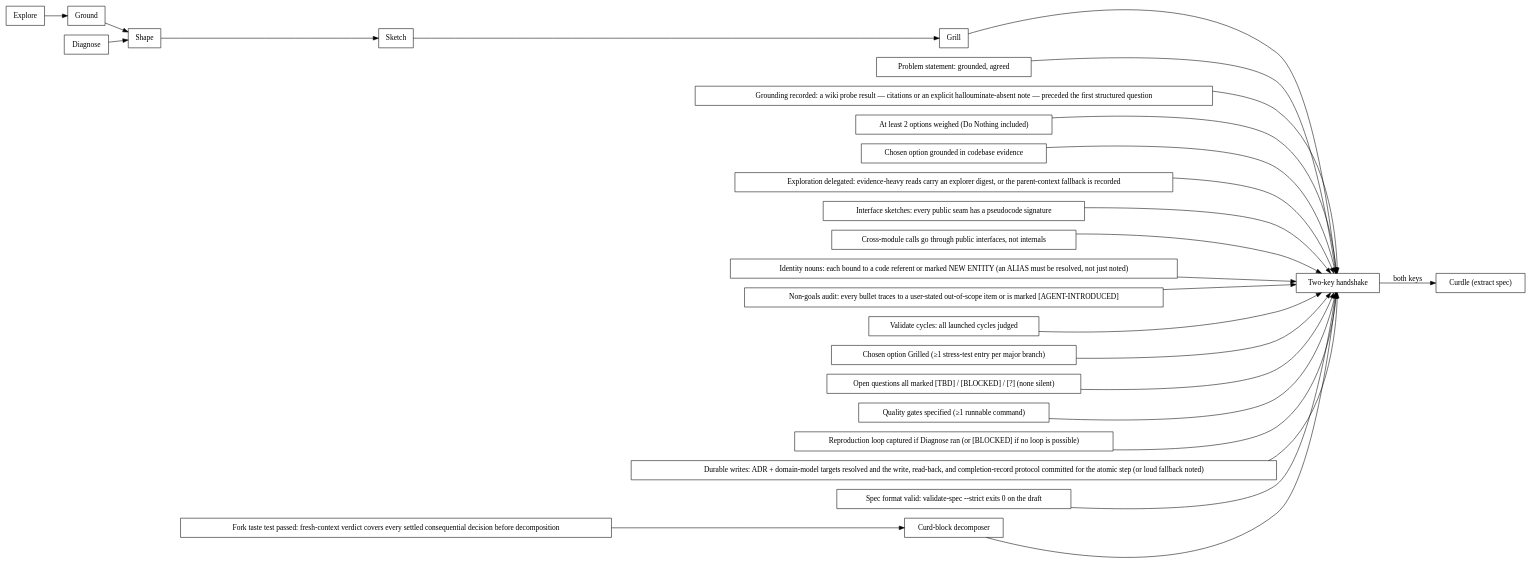
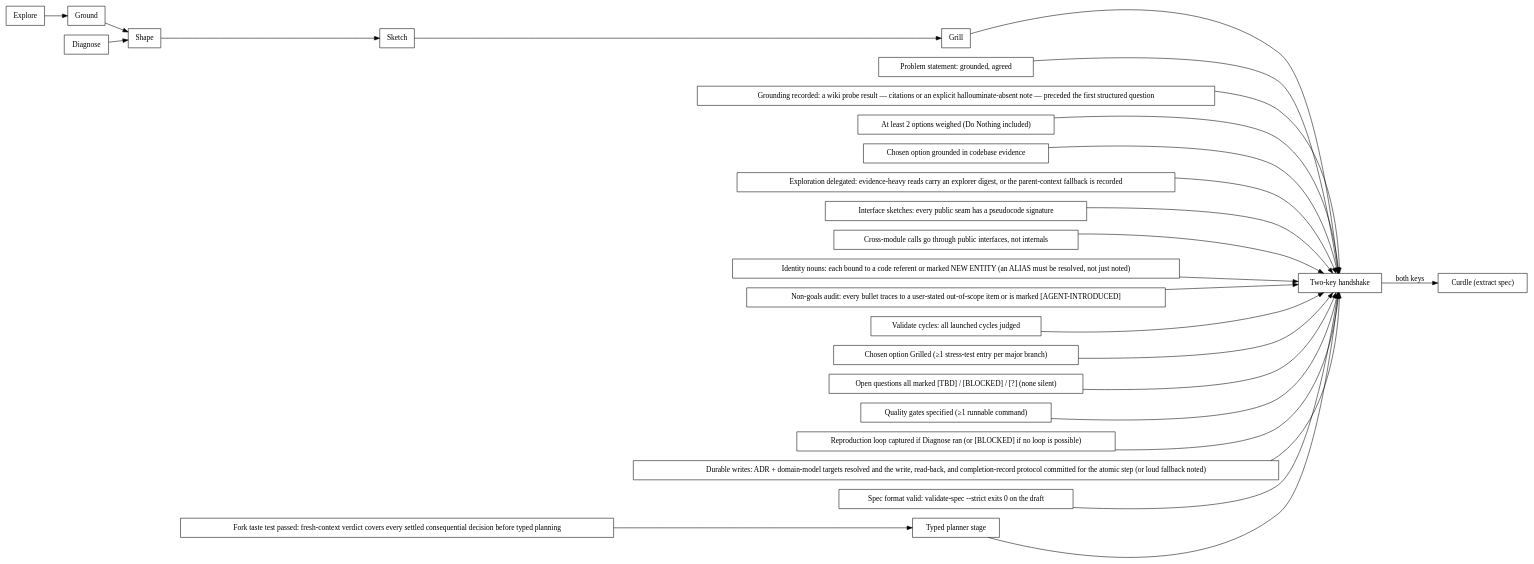
One commit to paulnsorensen/easy-cheese changed the diagram in skills/mold/scripts/mold.dot. Above: the diagram before and after it, drawn with Graphviz. The commit also changed 32 other files, not shown here.

```diff
--- a/skills/mold/scripts/mold.dot
+++ b/skills/mold/scripts/mold.dot
@@ -1,55 +1,55 @@
 digraph mold_gates {
   rankdir=LR;
   node [shape=box];
   explore [label="Explore", kind="mode"];
   ground [label="Ground", kind="mode"];
   shape [label="Shape", kind="mode"];
   sketch [label="Sketch", kind="mode"];
   grill [label="Grill", kind="mode"];
   diagnose [label="Diagnose", kind="mode"];
   problem_statement [label="Problem statement: grounded, agreed", kind="gate"];
   grounding_recorded [label="Grounding recorded: a wiki probe result — citations or an explicit hallouminate-absent note — preceded the first structured question", kind="gate"];
   at_least_2_options_weighed_do_nothing_included [label="At least 2 options weighed (Do Nothing included)", kind="gate"];
   chosen_option_grounded_in_codebase_evidence [label="Chosen option grounded in codebase evidence", kind="gate"];
   exploration_delegated [label="Exploration delegated: evidence-heavy reads carry an explorer digest, or the parent-context fallback is recorded", kind="gate"];
   interface_sketches [label="Interface sketches: every public seam has a pseudocode signature", kind="gate"];
   cross_module_calls_go_through_public_interfaces_not_internals [label="Cross-module calls go through public interfaces, not internals", kind="gate"];
   identity_nouns [label="Identity nouns: each bound to a code referent or marked NEW ENTITY (an ALIAS must be resolved, not just noted)", kind="gate"];
   non_goals_audit [label="Non-goals audit: every bullet traces to a user-stated out-of-scope item or is marked [AGENT-INTRODUCED]", kind="gate"];
   validate_cycles [label="Validate cycles: all launched cycles judged", kind="gate"];
   chosen_option_grilled_1_stress_test_entry_per_major_branch [label="Chosen option Grilled (≥1 stress-test entry per major branch)", kind="gate"];
   open_questions_all_marked_tbd_blocked_none_silent [label="Open questions all marked [TBD] / [BLOCKED] / [?] (none silent)", kind="gate"];
   quality_gates_specified_1_runnable_command [label="Quality gates specified (≥1 runnable command)", kind="gate"];
   reproduction_loop_captured_if_diagnose_ran_or_blocked_if_no_loop_is_possible [label="Reproduction loop captured if Diagnose ran (or [BLOCKED] if no loop is possible)", kind="gate"];
   durable_writes [label="Durable writes: ADR + domain-model targets resolved and the write, read-back, and completion-record protocol committed for the atomic step (or loud fallback noted)", kind="gate"];
-  fork_taste_test_passed [label="Fork taste test passed: fresh-context verdict covers every settled consequential decision before decomposition", kind="gate"];
+  fork_taste_test_passed [label="Fork taste test passed: fresh-context verdict covers every settled consequential decision before typed planning", kind="gate"];
   spec_format_valid [label="Spec format valid: validate-spec --strict exits 0 on the draft", kind="gate"];
-  decomposer [label="Curd-block decomposer", kind="decomposer"];
+  typed_planner_stage [label="Typed planner stage", kind="planner"];
   handshake [label="Two-key handshake", kind="handshake"];
   curdle [label="Curdle (extract spec)", kind="terminal"];
   explore -> ground;
   ground -> shape;
   shape -> sketch;
   sketch -> grill;
   diagnose -> shape;
   problem_statement -> handshake;
   grounding_recorded -> handshake;
   at_least_2_options_weighed_do_nothing_included -> handshake;
   chosen_option_grounded_in_codebase_evidence -> handshake;
   exploration_delegated -> handshake;
   interface_sketches -> handshake;
   cross_module_calls_go_through_public_interfaces_not_internals -> handshake;
   identity_nouns -> handshake;
   non_goals_audit -> handshake;
   validate_cycles -> handshake;
   chosen_option_grilled_1_stress_test_entry_per_major_branch -> handshake;
   open_questions_all_marked_tbd_blocked_none_silent -> handshake;
   quality_gates_specified_1_runnable_command -> handshake;
   reproduction_loop_captured_if_diagnose_ran_or_blocked_if_no_loop_is_possible -> handshake;
   durable_writes -> handshake;
-  fork_taste_test_passed -> decomposer;
+  fork_taste_test_passed -> typed_planner_stage;
   spec_format_valid -> handshake;
-  decomposer -> handshake;
+  typed_planner_stage -> handshake;
   grill -> handshake;
   handshake -> curdle [label="both keys"];
 }
```
